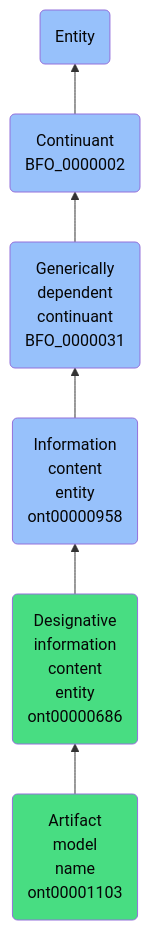
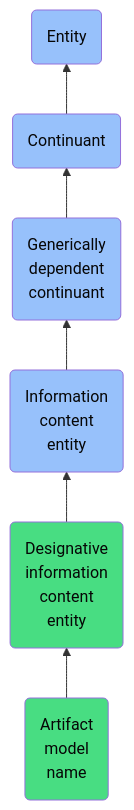
One commit to jupyter-naas/abi changed the diagram in docs/ontology/reference/model/Entity/Continuant/Generically dependent continuant/Information content entity/Designative information content entity/Artifact model name/Artifact model name.md. Above: the diagram before and after it, drawn with Mermaid. The commit also changed other lines of this file and 1430 other files, not shown here.

````diff
--- a/docs/ontology/reference/model/Entity/Continuant/Generically dependent continuant/Information content entity/Designative information content entity/Artifact model name/Artifact model name.md
+++ b/docs/ontology/reference/model/Entity/Continuant/Generically dependent continuant/Information content entity/Designative information content entity/Artifact model name/Artifact model name.md
@@ -24,13 +24,13 @@
 ```mermaid
 graph BT
-    ont00001103(Artifact<br>model<br>name<br>ont00001103):::ABI-->ont00000686
-    ont00000686(Designative<br>information<br>content<br>entity<br>ont00000686):::ABI-->ont00000958
-    ont00000958(Information<br>content<br>entity<br>ont00000958):::BFO-->BFO_0000031
-    BFO_0000031(Generically<br>dependent<br>continuant<br>BFO_0000031):::BFO-->BFO_0000002
-    BFO_0000002(Continuant<br>BFO_0000002):::BFO-->BFO_0000001
+    ont00001103(Artifact<br>model<br>name):::ABI-->ont00000686
+    ont00000686(Designative<br>information<br>content<br>entity):::ABI-->ont00000958
+    ont00000958(Information<br>content<br>entity):::BFO-->BFO_0000031
+    BFO_0000031(Generically<br>dependent<br>continuant):::BFO-->BFO_0000002
+    BFO_0000002(Continuant):::BFO-->BFO_0000001
     BFO_0000001(Entity):::BFO
     
     classDef BFO fill:#97c1fb,color:#060606
     classDef CCO fill:#e4c51e,color:#060606
     classDef ABI fill:#48DD82,color:#060606
 ```
````
